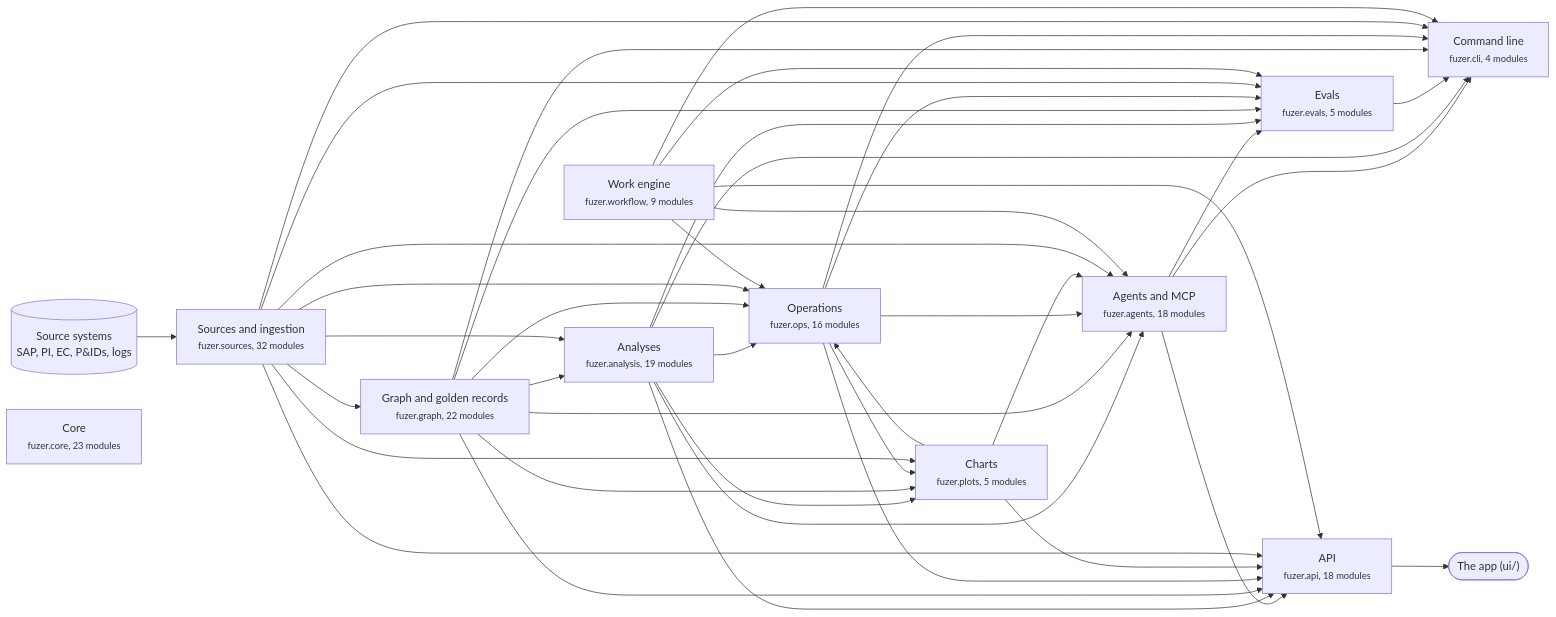
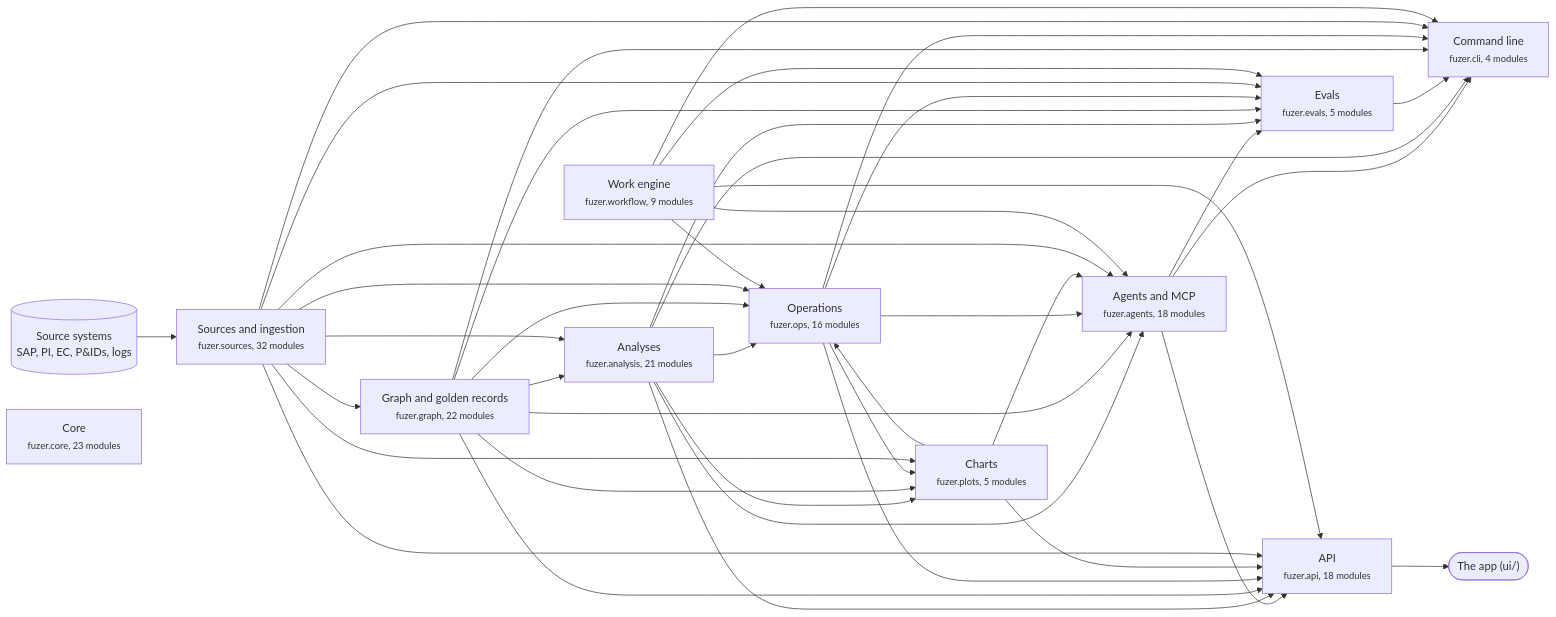
One commit to areed145/fuzer changed the first of 3 diagrams in docs/architecture.md. Above: the diagram before and after it, drawn with Mermaid. The commit also changed other lines of this file and 24 other files, not shown here.

````diff
--- a/docs/architecture.md
+++ b/docs/architecture.md
@@ -8,66 +8,66 @@
 ```mermaid
 flowchart LR
   systems[("Source systems<br>SAP, PI, EC, P&IDs, logs")] --> c_sources
   app(["The app (ui/)"])
   c_api --> app
   c_sources["Sources and ingestion<br><small>fuzer.sources, 32 modules</small>"]
   c_graph["Graph and golden records<br><small>fuzer.graph, 22 modules</small>"]
-  c_analysis["Analyses<br><small>fuzer.analysis, 19 modules</small>"]
+  c_analysis["Analyses<br><small>fuzer.analysis, 21 modules</small>"]
   c_ops["Operations<br><small>fuzer.ops, 16 modules</small>"]
   c_plots["Charts<br><small>fuzer.plots, 5 modules</small>"]
   c_workflow["Work engine<br><small>fuzer.workflow, 9 modules</small>"]
   c_agents["Agents and MCP<br><small>fuzer.agents, 18 modules</small>"]
   c_evals["Evals<br><small>fuzer.evals, 5 modules</small>"]
   c_api["API<br><small>fuzer.api, 18 modules</small>"]
   c_cli["Command line<br><small>fuzer.cli, 4 modules</small>"]
   c_core["Core<br><small>fuzer.core, 23 modules</small>"]
   c_sources --> c_graph
   c_graph --> c_analysis
   c_sources --> c_analysis
   c_analysis --> c_ops
   c_graph --> c_ops
   c_plots --> c_ops
   c_sources --> c_ops
   c_workflow --> c_ops
   c_analysis --> c_plots
   c_graph --> c_plots
   c_ops --> c_plots
   c_sources --> c_plots
   c_analysis --> c_agents
   c_graph --> c_agents
   c_ops --> c_agents
   c_plots --> c_agents
   c_sources --> c_agents
   c_workflow --> c_agents
   c_agents --> c_evals
   c_analysis --> c_evals
   c_graph --> c_evals
   c_ops --> c_evals
   c_sources --> c_evals
   c_workflow --> c_evals
   c_agents --> c_api
   c_analysis --> c_api
   c_graph --> c_api
   c_ops --> c_api
   c_plots --> c_api
   c_sources --> c_api
   c_workflow --> c_api
   c_agents --> c_cli
   c_analysis --> c_cli
   c_evals --> c_cli
   c_graph --> c_cli
   c_ops --> c_cli
   c_sources --> c_cli
   c_workflow --> c_cli
   click c_sources "https://github.com/areed145/fuzer/tree/main/src/fuzer/sources"
   click c_graph "https://github.com/areed145/fuzer/tree/main/src/fuzer/graph"
   click c_analysis "https://github.com/areed145/fuzer/tree/main/src/fuzer/analysis"
   click c_ops "https://github.com/areed145/fuzer/tree/main/src/fuzer/ops"
   click c_plots "https://github.com/areed145/fuzer/tree/main/src/fuzer/plots"
   click c_workflow "https://github.com/areed145/fuzer/tree/main/src/fuzer/workflow"
   click c_agents "https://github.com/areed145/fuzer/tree/main/src/fuzer/agents"
   click c_evals "https://github.com/areed145/fuzer/tree/main/src/fuzer/evals"
   click c_api "https://github.com/areed145/fuzer/tree/main/src/fuzer/api"
   click c_cli "https://github.com/areed145/fuzer/tree/main/src/fuzer/cli"
   click c_core "https://github.com/areed145/fuzer/tree/main/src/fuzer/core"
 ```
````
